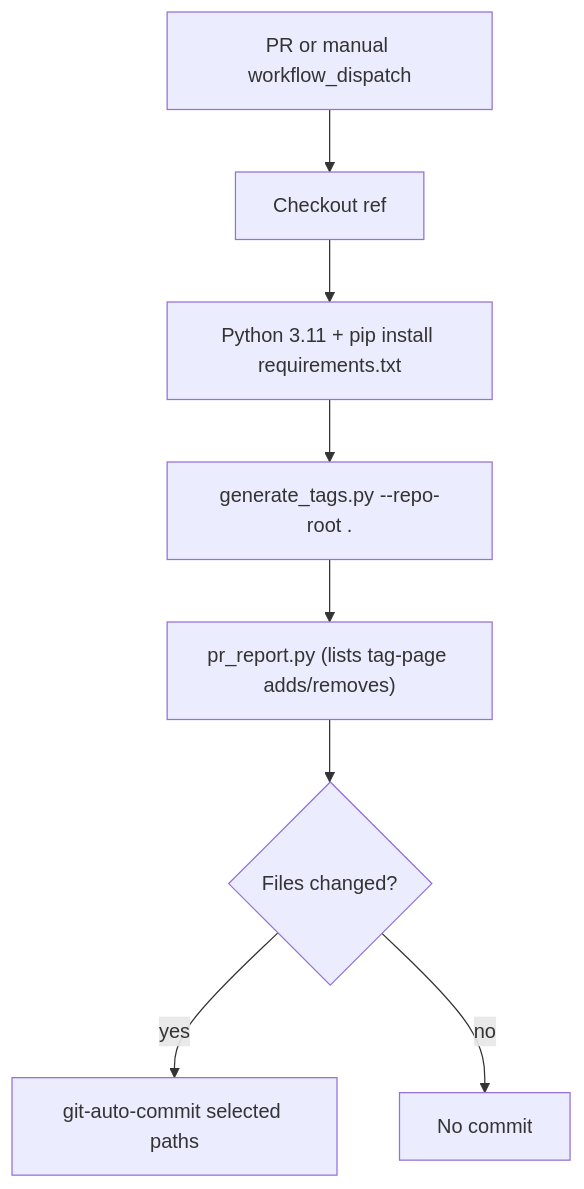
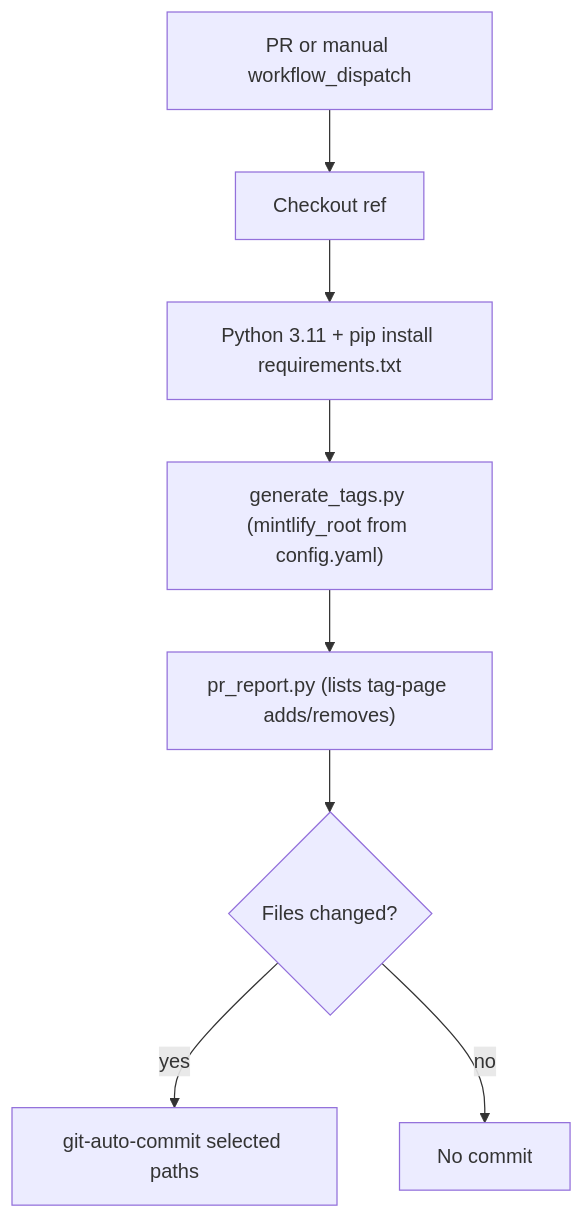
One commit to wandb/docs changed the second of 4 diagrams in scripts/knowledgebase-nav/Architecture.md. Above: the diagram before and after it, drawn with Mermaid. The commit also changed other lines of this file and 10 other files, not shown here.

````diff
--- a/scripts/knowledgebase-nav/Architecture.md
+++ b/scripts/knowledgebase-nav/Architecture.md
@@ -41,10 +41,10 @@
 ```mermaid
 flowchart TD
   A[PR or manual workflow_dispatch] --> B[Checkout ref]
   B --> C[Python 3.11 + pip install requirements.txt]
-  C --> D["generate_tags.py --repo-root ."]
+  C --> D["generate_tags.py (mintlify_root from config.yaml)"]
   D --> R["pr_report.py (lists tag-page adds/removes)"]
   R --> E{Files changed?}
   E -->|yes| F[git-auto-commit selected paths]
   E -->|no| G[No commit]
 ```
````
